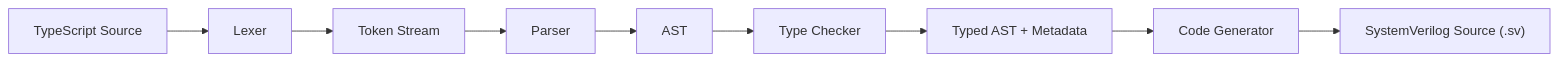
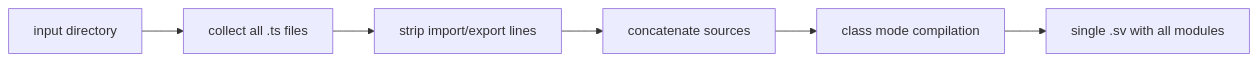
One commit to thecharge/sndv-hdl changed the second of 5 diagrams in docs/architecture.md. Above: the diagram before and after it, drawn with Mermaid. The commit also changed other lines of this file and 8 other files, not shown here.

````diff
--- a/docs/architecture.md
+++ b/docs/architecture.md
@@ -8,11 +56,8 @@
 ```mermaid
 flowchart LR
-    A["TypeScript Source"] --> B["Lexer"]
-    B --> C["Token Stream"]
-    C --> D["Parser"]
-    D --> E["AST"]
-    E --> F["Type Checker"]
-    F --> G["Typed AST + Metadata"]
-    G --> H["Code Generator"]
-    H --> I["SystemVerilog Source (.sv)"]
+    Dir["input directory"] --> Collect["collect all .ts files"]
+    Collect --> Strip["strip import/export lines"]
+    Strip --> Concat["concatenate sources"]
+    Concat --> ClassMode["class mode compilation"]
+    ClassMode --> SV["single .sv with all modules"]
 ```
````
